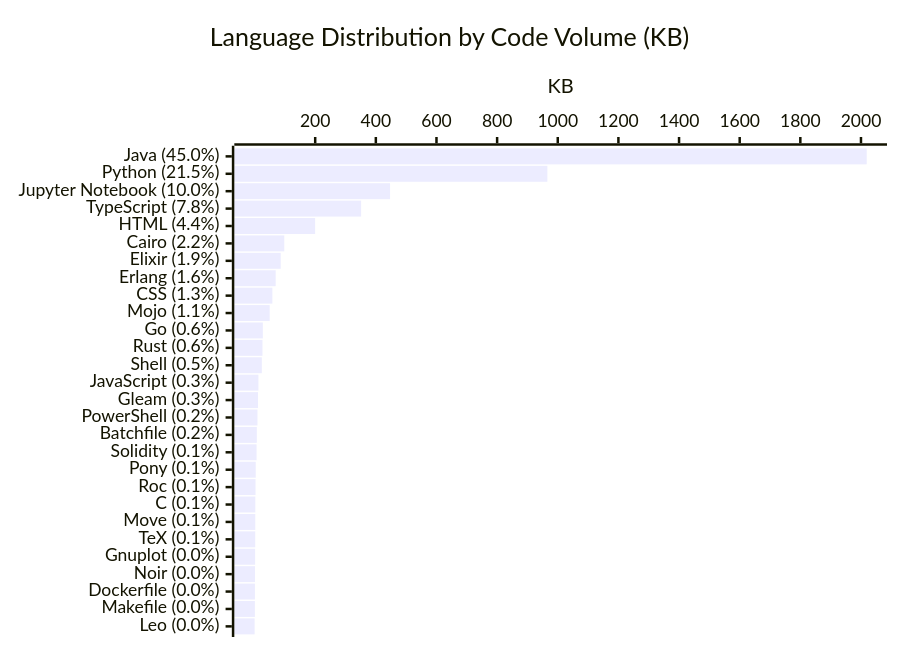
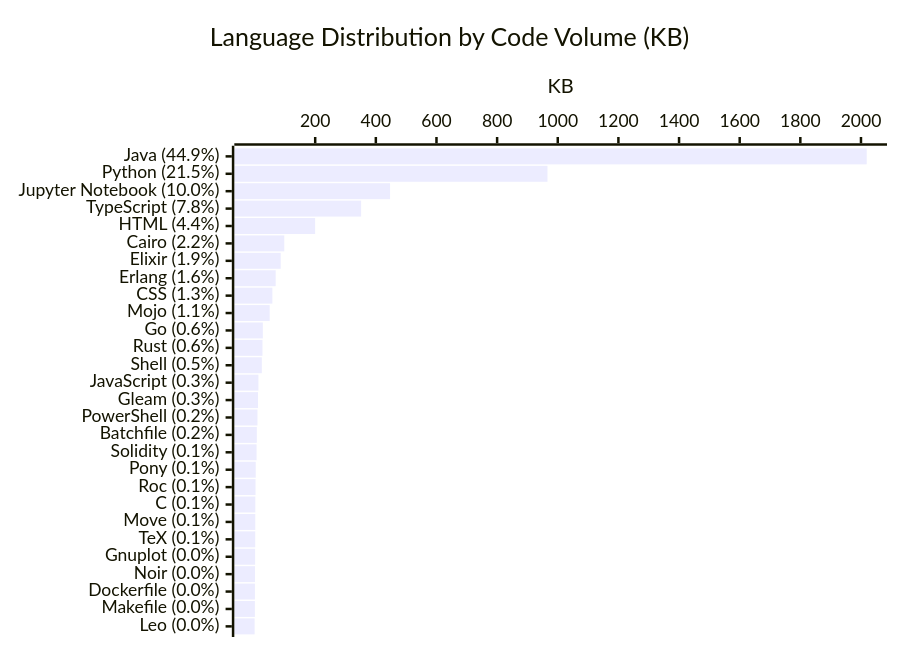
The diagram in profile/README.md (KathiraveluLab/.github), drawn with Mermaid before and after one commit. The commit also changed other lines of this file and 1 other file, not shown here.

````diff
--- a/profile/README.md
+++ b/profile/README.md
@@ -64,7 +64,7 @@
 ```mermaid
 xychart-beta horizontal
     title "Language Distribution by Code Volume (KB)"
-    x-axis ["Java (45.0%)", "Python (21.5%)", "Jupyter Notebook (10.0%)", "TypeScript (7.8%)", "HTML (4.4%)", "Cairo (2.2%)", "Elixir (1.9%)", "Erlang (1.6%)", "CSS (1.3%)", "Mojo (1.1%)", "Go (0.6%)", "Rust (0.6%)", "Shell (0.5%)", "JavaScript (0.3%)", "Gleam (0.3%)", "PowerShell (0.2%)", "Batchfile (0.2%)", "Solidity (0.1%)", "Pony (0.1%)", "Roc (0.1%)", "C (0.1%)", "Move (0.1%)", "TeX (0.1%)", "Gnuplot (0.0%)", "Noir (0.0%)", "Dockerfile (0.0%)", "Makefile (0.0%)", "Leo (0.0%)"]
+    x-axis ["Java (44.9%)", "Python (21.5%)", "Jupyter Notebook (10.0%)", "TypeScript (7.8%)", "HTML (4.4%)", "Cairo (2.2%)", "Elixir (1.9%)", "Erlang (1.6%)", "CSS (1.3%)", "Mojo (1.1%)", "Go (0.6%)", "Rust (0.6%)", "Shell (0.5%)", "JavaScript (0.3%)", "Gleam (0.3%)", "PowerShell (0.2%)", "Batchfile (0.2%)", "Solidity (0.1%)", "Pony (0.1%)", "Roc (0.1%)", "C (0.1%)", "Move (0.1%)", "TeX (0.1%)", "Gnuplot (0.0%)", "Noir (0.0%)", "Dockerfile (0.0%)", "Makefile (0.0%)", "Leo (0.0%)"]
     y-axis "KB"
-    bar [2018.87, 965.73, 446.9, 351.5, 199.85, 98.07, 86.29, 69.74, 58.73, 49.94, 27.33, 26.08, 23.99, 12.8, 11.49, 9.6, 7.42, 6.65, 3.92, 3.24, 2.58, 2.45, 2.29, 1.82, 1.42, 1.17, 0.99, 0.27]
+    bar [2018.87, 966.05, 446.9, 351.5, 199.85, 98.07, 86.29, 69.74, 58.73, 49.94, 27.33, 26.08, 23.99, 12.8, 11.49, 9.6, 7.42, 6.65, 3.92, 3.24, 2.58, 2.45, 2.29, 1.82, 1.42, 1.17, 0.99, 0.27]
 ```
````
